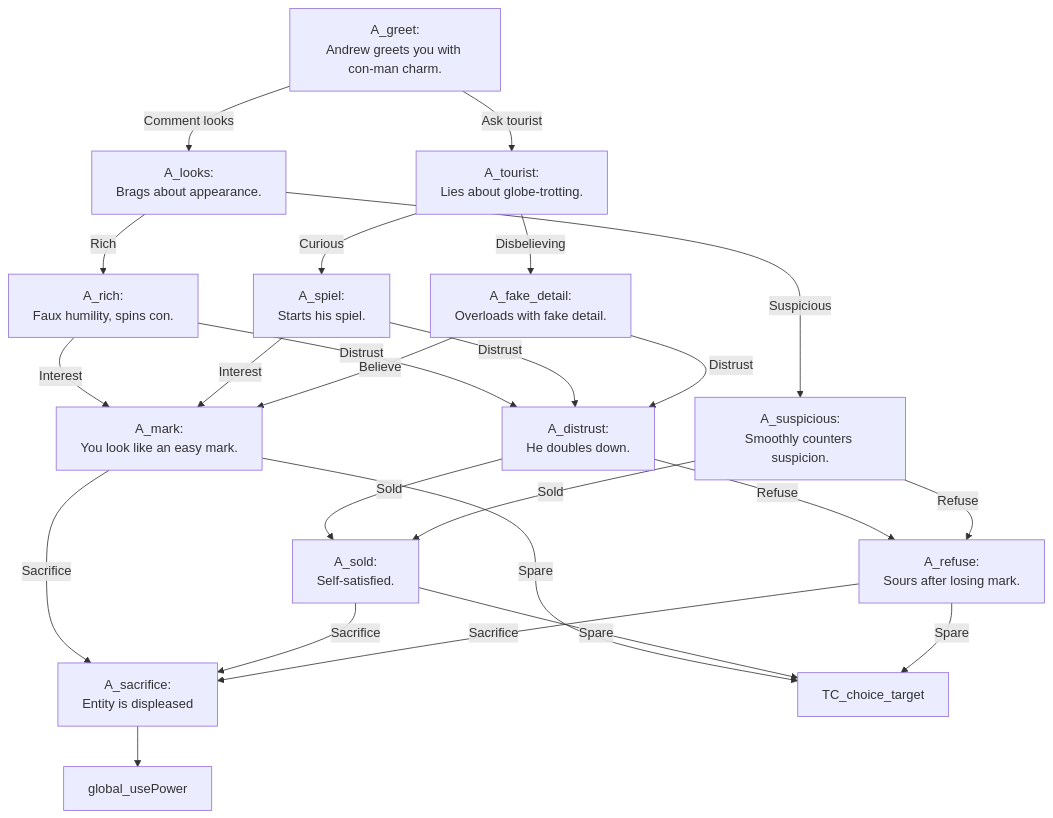
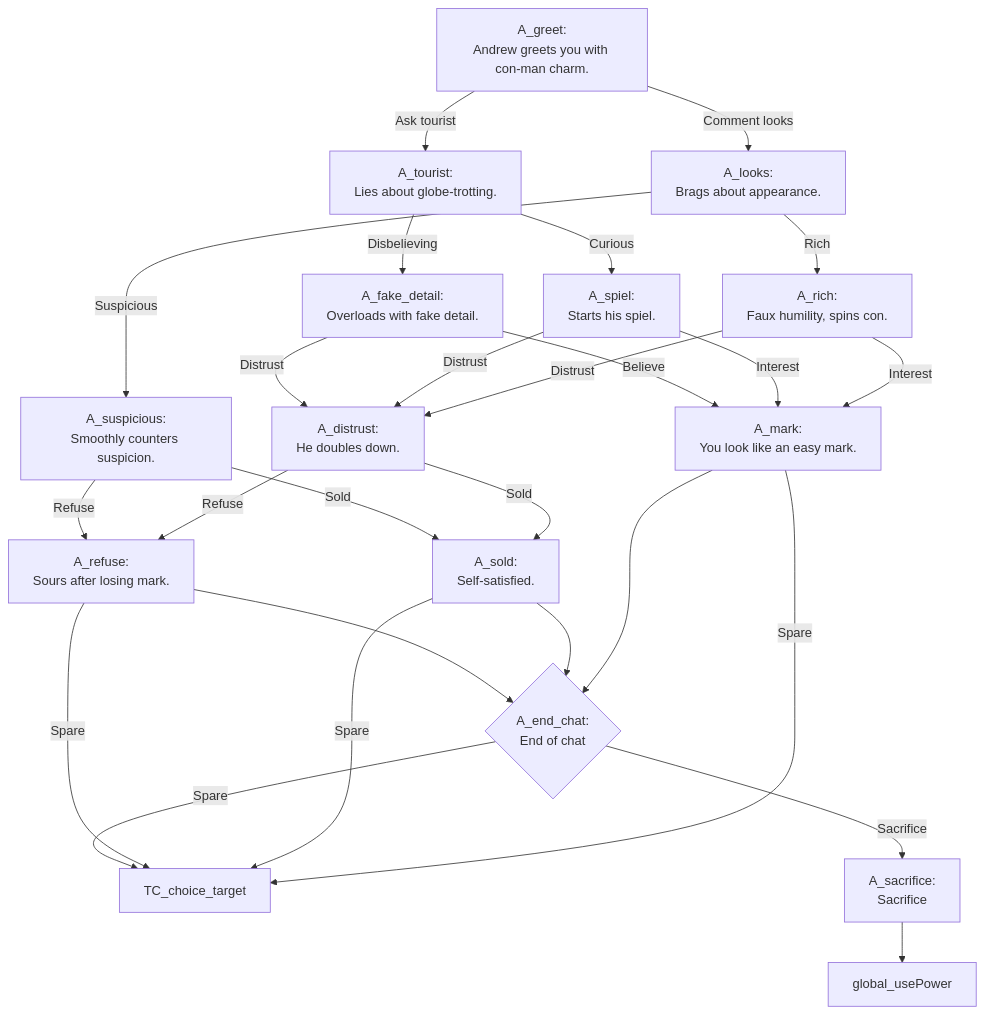
Before and after one commit to ivalace/horror-game-jam-2025: the diagram in Andrew.mmd, drawn with Mermaid. The commit also changed 9 other files, not shown here.

```diff
--- a/Andrew.mmd
+++ b/Andrew.mmd
@@ -1,31 +1,34 @@
 flowchart TD
 direction LR
 A_greet["A_greet:<br/>Andrew greets you with con-man charm."] -->|Comment looks| A_looks
 A_greet -->|Ask tourist| A_tourist
 
 A_looks["A_looks:<br/>Brags about appearance."] -->|Rich| A_rich
 A_looks -->|Suspicious| A_suspicious
 A_rich["A_rich:<br/>Faux humility, spins con."] -->|Interest| A_mark
 A_rich -->|Distrust| A_distrust
 
-A_mark["A_mark:<br/>You look like an easy mark."] -->|Sacrifice| A_sacrifice
+A_mark["A_mark:<br/>You look like an easy mark."] --> A_end_chat
 A_mark -->|Spare| TC_choice_target
 
 A_distrust["A_distrust:<br/>He doubles down."] -->|Sold| A_sold
 A_distrust -->|Refuse| A_refuse
-A_sold["A_sold:<br/>Self-satisfied."] -->|Sacrifice| A_sacrifice
+A_sold["A_sold:<br/>Self-satisfied."] --> A_end_chat
 A_sold -->|Spare| TC_choice_target
-A_refuse["A_refuse:<br/>Sours after losing mark."] -->|Sacrifice| A_sacrifice
+A_refuse["A_refuse:<br/>Sours after losing mark."] --> A_end_chat
 A_refuse -->|Spare| TC_choice_target
 
 A_suspicious["A_suspicious:<br/>Smoothly counters suspicion."] -->|Sold| A_sold
 A_suspicious -->|Refuse| A_refuse
 
 A_tourist["A_tourist:<br/>Lies about globe-trotting."] -->|Curious| A_spiel
 A_tourist -->|Disbelieving| A_fake_detail
 A_spiel["A_spiel:<br/>Starts his spiel."] -->|Interest| A_mark
 A_spiel -->|Distrust| A_distrust
 A_fake_detail["A_fake_detail:<br/>Overloads with fake detail."] -->|Believe| A_mark
 A_fake_detail -->|Distrust| A_distrust
 
-A_sacrifice["A_sacrifice:<br/>Entity is displeased"] --> global_usePower
+A_end_chat{"A_end_chat:<br/>End of chat"} -->|Sacrifice| A_sacrifice
+A_end_chat -->|Spare| TC_choice_target
+
+A_sacrifice["A_sacrifice:<br/>Sacrifice"] --> global_usePower
```
